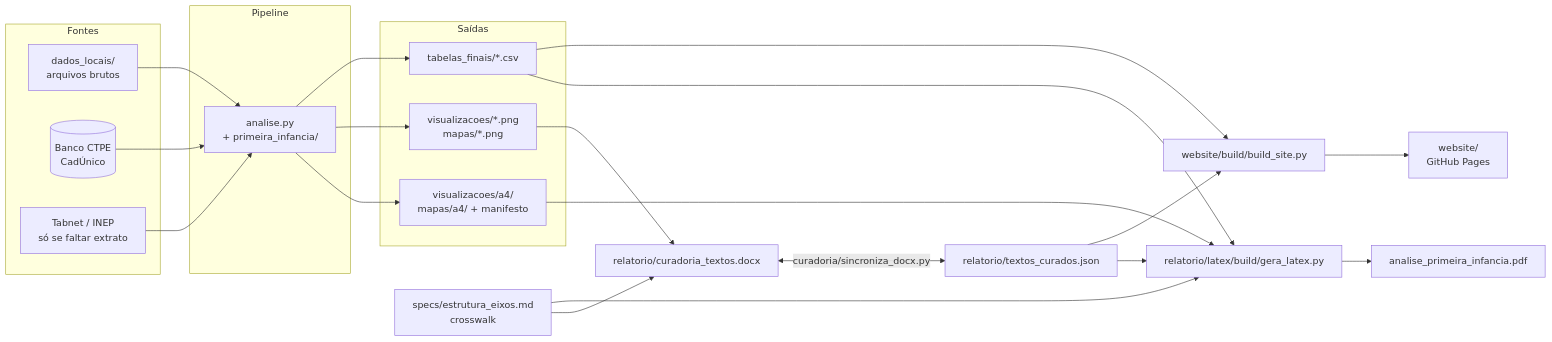
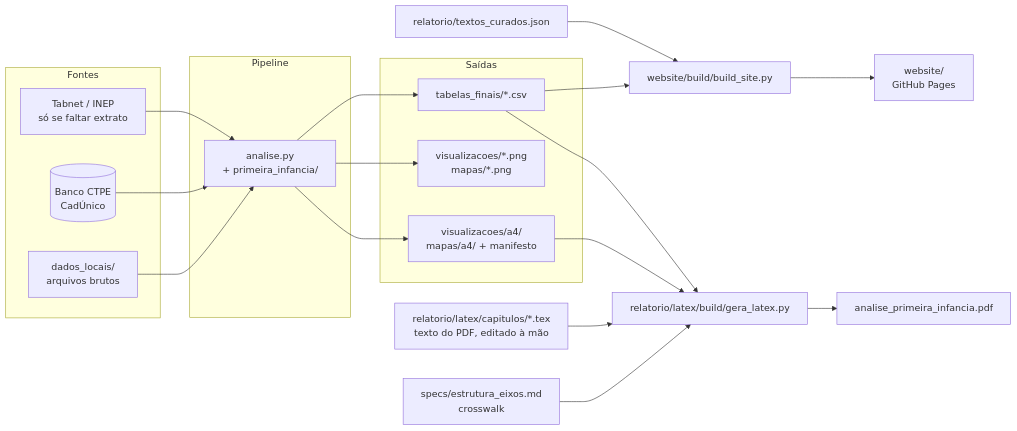
The diagram in docs/especificacao_projeto.md (ipp-dados/analise_primeira_infancia), drawn with Mermaid before and after one commit. The commit also changed other lines of this file and 15 other files, not shown here.

First line of the commit message:
SPEC-VersaoFinalSite: fim da curadoria em DOCX -- scripts removidos (tag rodada/curadoria_docx); skills, CLAUDE.md, README, especificação e tech-stack descrevem capítulos .tex editados à mão e textos do site no JSON

````diff
--- a/docs/especificacao_projeto.md
+++ b/docs/especificacao_projeto.md
@@ -205,36 +210,33 @@
 ```mermaid
 flowchart LR
     subgraph Fontes
         A1[dados_locais/<br>arquivos brutos]
         A2[(Banco CTPE<br>CadÚnico)]
         A3[Tabnet / INEP<br>só se faltar extrato]
     end
     subgraph Pipeline
         P[analise.py<br>+ primeira_infancia/]
     end
     subgraph Saídas
         T[tabelas_finais/*.csv]
         V[visualizacoes/*.png<br>mapas/*.png]
         V4[visualizacoes/a4/<br>mapas/a4/ + manifesto]
     end
     E[specs/estrutura_eixos.md<br>crosswalk]
     J[relatorio/textos_curados.json]
-    D[relatorio/curadoria_textos.docx]
+    C[relatorio/latex/capitulos/*.tex<br>texto do PDF, editado à mão]
     S[website/build/build_site.py]
     L[relatorio/latex/build/gera_latex.py]
     A1 --> P
     A2 --> P
     A3 --> P
     P --> T & V & V4
     T --> S
     J --> S
     S --> W[website/<br>GitHub Pages]
     E --> L
-    J --> L
+    C --> L
     V4 --> L
     T --> L
     L --> PDF[analise_primeira_infancia.pdf]
-    E --> D
-    V --> D
-    D <-->|curadoria/sincroniza_docx.py| J
 ```
````
